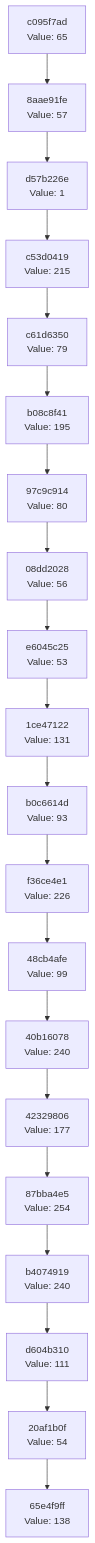
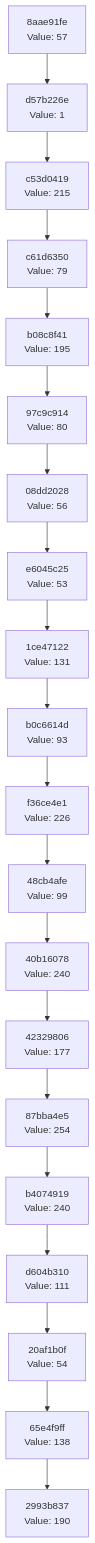
The diagram in docs/CHAIN_VISUALIZATION.md (Abhisheksinha1506/hash-chain-evolver), drawn with Mermaid before and after one commit. The commit also changed 3 other files, not shown here.

````diff
--- a/docs/CHAIN_VISUALIZATION.md
+++ b/docs/CHAIN_VISUALIZATION.md
@@ -3,42 +3,42 @@
 ```mermaid
 graph TD
-    C0["65e4f9ff<br/>Value: 138"]
-    C1["20af1b0f<br/>Value: 54"]
+    C0["2993b837<br/>Value: 190"]
+    C1["65e4f9ff<br/>Value: 138"]
     C1 --> C0
-    C2["d604b310<br/>Value: 111"]
+    C2["20af1b0f<br/>Value: 54"]
     C2 --> C1
-    C3["b4074919<br/>Value: 240"]
+    C3["d604b310<br/>Value: 111"]
     C3 --> C2
-    C4["87bba4e5<br/>Value: 254"]
+    C4["b4074919<br/>Value: 240"]
     C4 --> C3
-    C5["42329806<br/>Value: 177"]
+    C5["87bba4e5<br/>Value: 254"]
     C5 --> C4
-    C6["40b16078<br/>Value: 240"]
+    C6["42329806<br/>Value: 177"]
     C6 --> C5
-    C7["48cb4afe<br/>Value: 99"]
+    C7["40b16078<br/>Value: 240"]
     C7 --> C6
-    C8["f36ce4e1<br/>Value: 226"]
+    C8["48cb4afe<br/>Value: 99"]
     C8 --> C7
-    C9["b0c6614d<br/>Value: 93"]
+    C9["f36ce4e1<br/>Value: 226"]
     C9 --> C8
-    C10["1ce47122<br/>Value: 131"]
+    C10["b0c6614d<br/>Value: 93"]
     C10 --> C9
-    C11["e6045c25<br/>Value: 53"]
+    C11["1ce47122<br/>Value: 131"]
     C11 --> C10
-    C12["08dd2028<br/>Value: 56"]
+    C12["e6045c25<br/>Value: 53"]
     C12 --> C11
-    C13["97c9c914<br/>Value: 80"]
+    C13["08dd2028<br/>Value: 56"]
     C13 --> C12
-    C14["b08c8f41<br/>Value: 195"]
+    C14["97c9c914<br/>Value: 80"]
     C14 --> C13
-    C15["c61d6350<br/>Value: 79"]
+    C15["b08c8f41<br/>Value: 195"]
     C15 --> C14
-    C16["c53d0419<br/>Value: 215"]
+    C16["c61d6350<br/>Value: 79"]
     C16 --> C15
-    C17["d57b226e<br/>Value: 1"]
+    C17["c53d0419<br/>Value: 215"]
     C17 --> C16
-    C18["8aae91fe<br/>Value: 57"]
+    C18["d57b226e<br/>Value: 1"]
     C18 --> C17
-    C19["c095f7ad<br/>Value: 65"]
+    C19["8aae91fe<br/>Value: 57"]
     C19 --> C18
 ```
````
